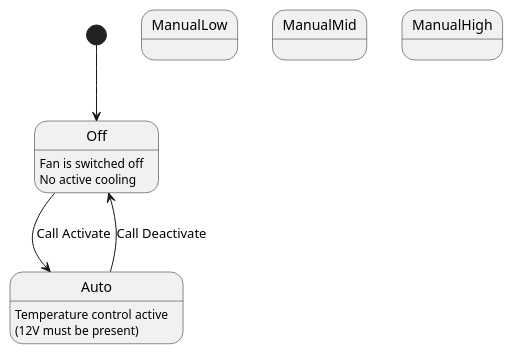
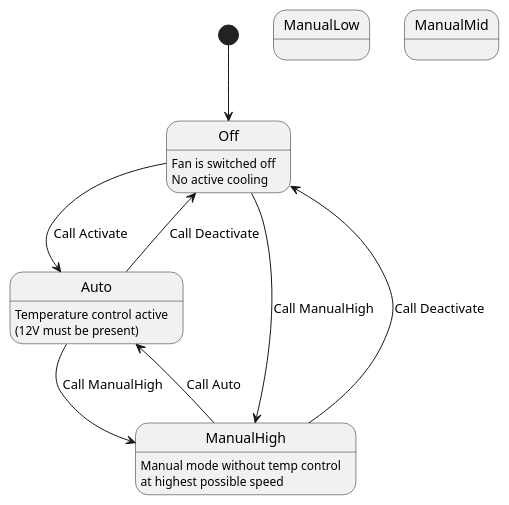
One commit to coconut147/piMac changed the diagram in piMac_Systemcontroller/fancontroller.md. Above: the diagram before and after it, drawn with PlantUML. The commit also changed 6 other files, not shown here.

````diff
--- a/piMac_Systemcontroller/fancontroller.md
+++ b/piMac_Systemcontroller/fancontroller.md
@@ -54,13 +54,17 @@
 ```plantuml
 @startuml
 state Off : Fan is switched off\nNo active cooling
 state Auto : Temperature control active\n(12V must be present)
 state ManualLow
 state ManualMid
-state ManualHigh
+state ManualHigh : Manual mode without temp control\nat highest possible speed
 
 [*] --> Off
 Off --> Auto : Call Activate 
+Off --> ManualHigh : Call ManualHigh
 Auto --> Off : Call Deactivate
+Auto --> ManualHigh : Call ManualHigh
+ManualHigh --> Auto : Call Auto
+ManualHigh --> Off : Call Deactivate
 @enduml
 ```
````
